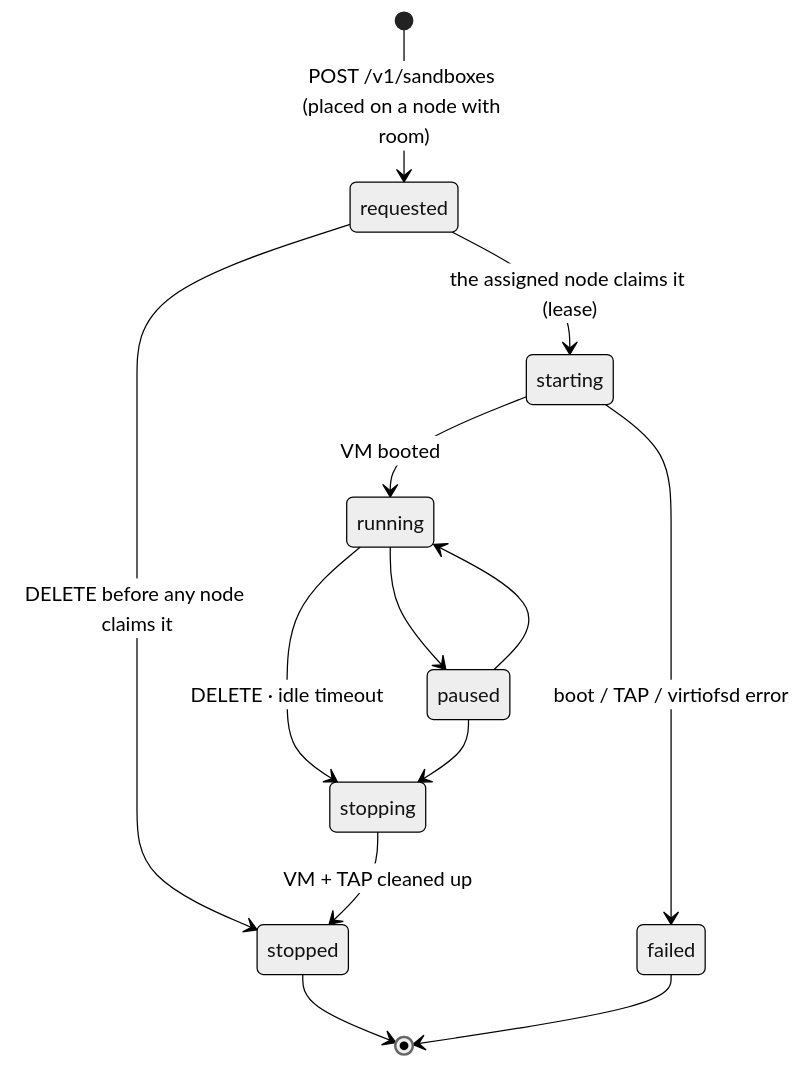
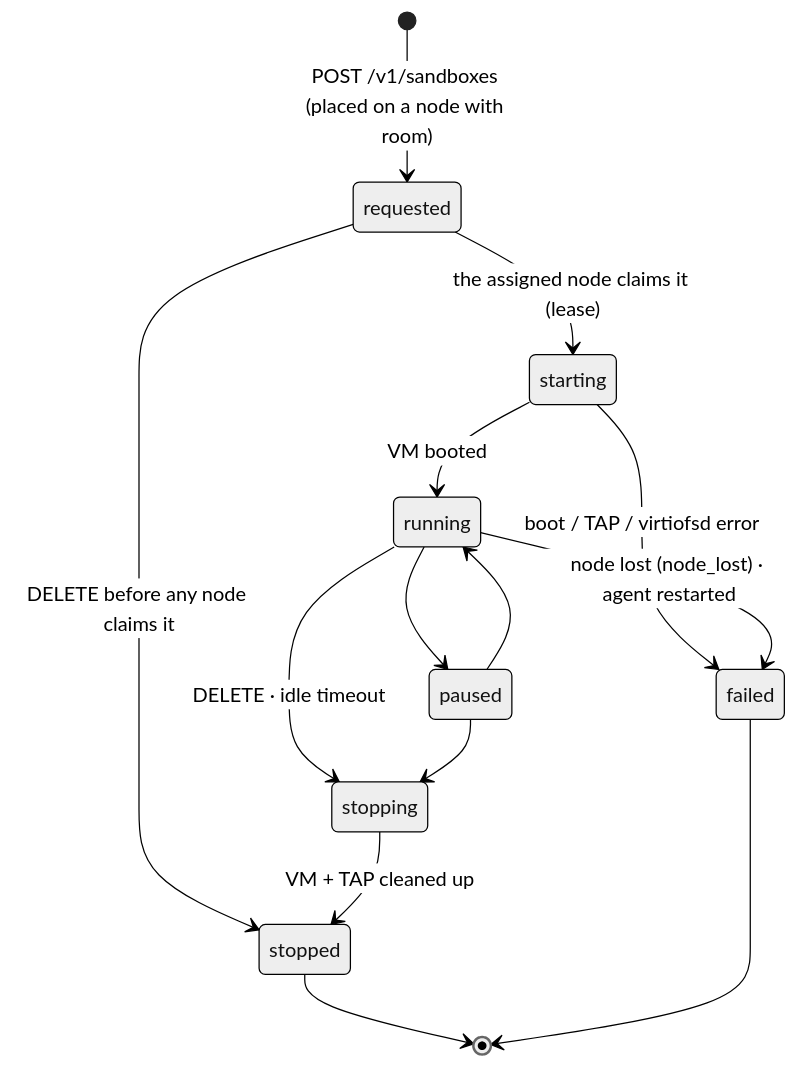
The third of 5 diagrams in README.md (luisgf/agent-sandbox-platform), drawn with Mermaid (neutral theme) before and after one commit. The commit also changed other lines of this file and 6 other files, not shown here.

````diff
--- a/README.md
+++ b/README.md
@@ -153,15 +153,16 @@
 ```mermaid
 stateDiagram-v2
   [*] --> requested: POST /v1/sandboxes (placed on a node with room)
   requested --> stopped: DELETE before any node claims it
   requested --> starting: the assigned node claims it (lease)
   starting --> running: VM booted
   starting --> failed: boot / TAP / virtiofsd error
+  running --> failed: node lost (node_lost) · agent restarted
   running --> paused
   paused --> running
   running --> stopping: DELETE · idle timeout
   paused --> stopping
   stopping --> stopped: VM + TAP cleaned up
   stopped --> [*]
   failed --> [*]
 ```
````
